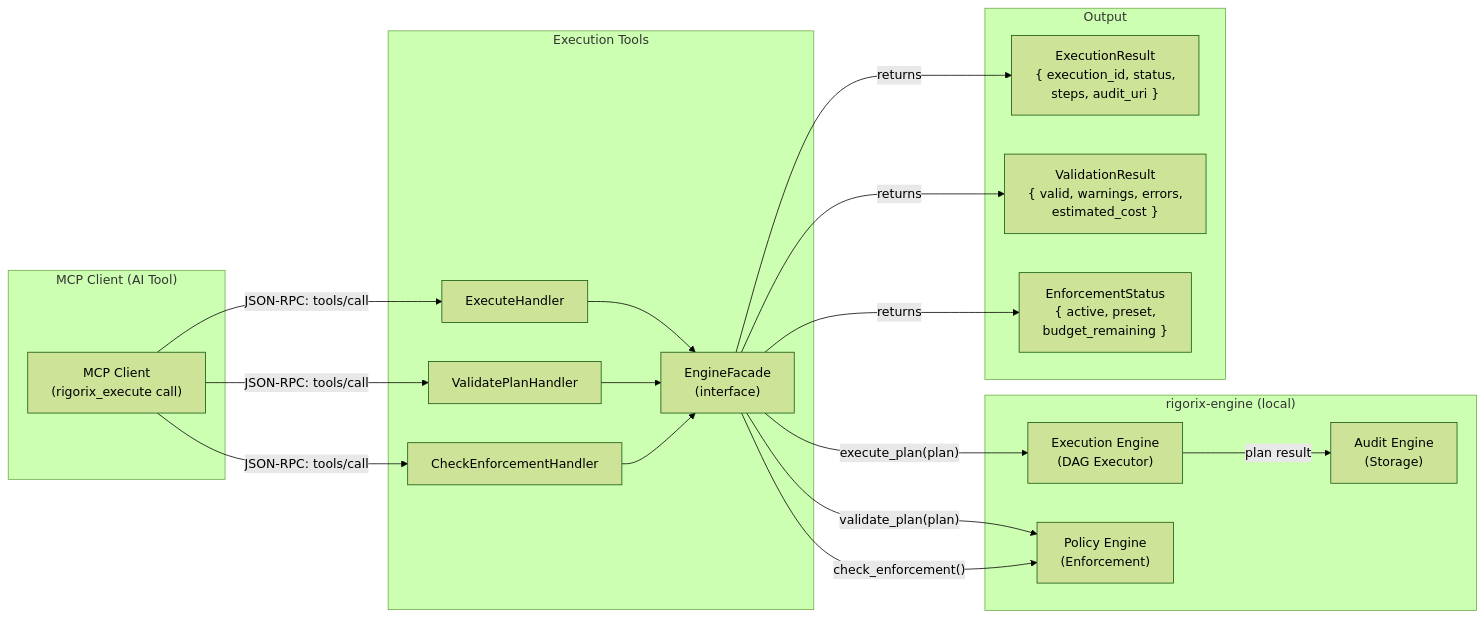
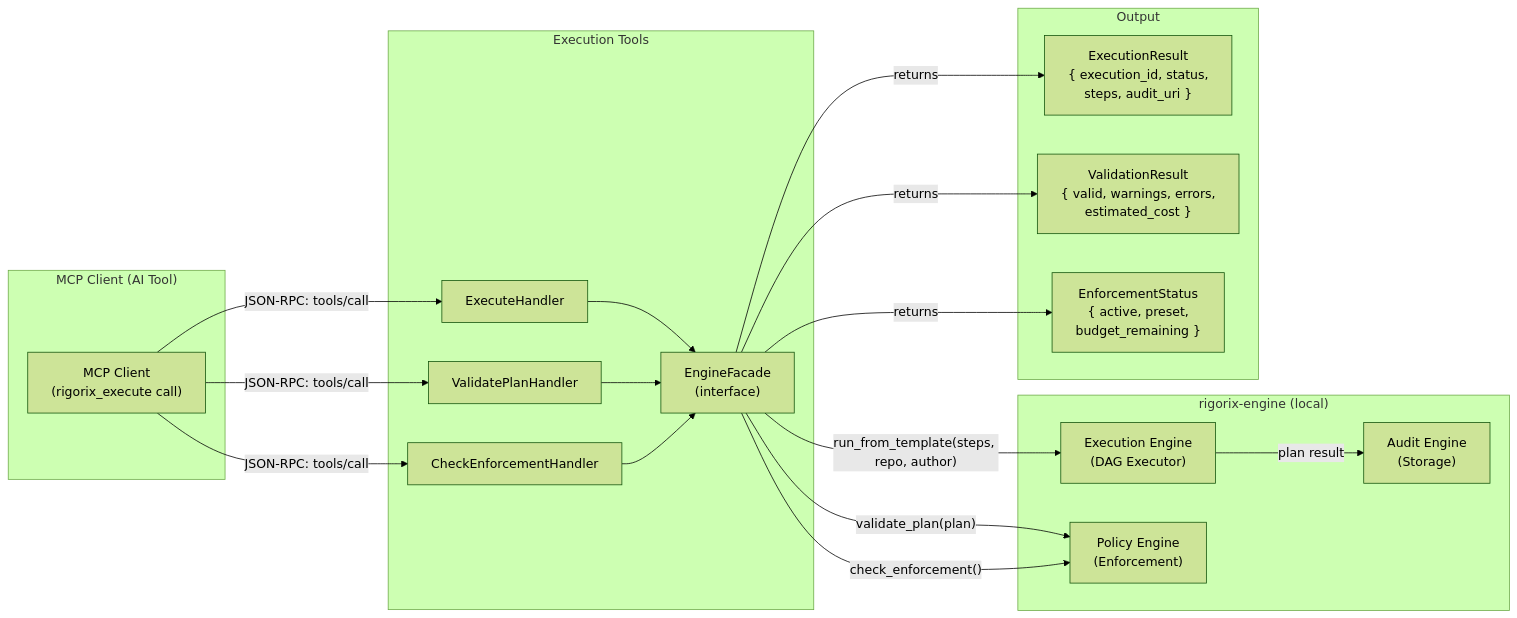
The first of 4 diagrams in mcp/.pi/architecture/modules/execution-tools.md (arman-jalili/rigorix-oss), drawn with Mermaid (forest theme) before and after one commit. The commit also changed other lines of this file and 27 other files, not shown here.

````diff
--- a/mcp/.pi/architecture/modules/execution-tools.md
+++ b/mcp/.pi/architecture/modules/execution-tools.md
@@ -41,42 +41,42 @@
 ```mermaid
 flowchart LR
     subgraph "MCP Client (AI Tool)"
         CLI["MCP Client\n(rigorix_execute call)"]
     end
 
     subgraph "Execution Tools"
         HANDLER["ExecuteHandler"]
         VALIDATOR["ValidatePlanHandler"]
         ENFORCER["CheckEnforcementHandler"]
         FACADE["EngineFacade\n(interface)"]
     end
 
     subgraph "rigorix-engine (local)"
         EXEC_ENG["Execution Engine\n(DAG Executor)"]
         POL_ENG["Policy Engine\n(Enforcement)"]
         AUDIT_ENG["Audit Engine\n(Storage)"]
     end
 
     subgraph "Output"
         RESULT["ExecutionResult\n{ execution_id, status,\n steps, audit_uri }"]
         VAL_RESULT["ValidationResult\n{ valid, warnings, errors,\n estimated_cost }"]
         ENF_STATUS["EnforcementStatus\n{ active, preset,\n budget_remaining }"]
     end
 
     CLI -->|"JSON-RPC: tools/call"| HANDLER
     CLI -->|"JSON-RPC: tools/call"| VALIDATOR
     CLI -->|"JSON-RPC: tools/call"| ENFORCER
 
     HANDLER --> FACADE
     VALIDATOR --> FACADE
     ENFORCER --> FACADE
 
-    FACADE -->|"execute_plan(plan)"| EXEC_ENG
+    FACADE -->|"run_from_template(steps, repo, author)"| EXEC_ENG
     FACADE -->|"validate_plan(plan)"| POL_ENG
     FACADE -->|"check_enforcement()"| POL_ENG
     EXEC_ENG -->|"plan result"| AUDIT_ENG
 
     FACADE -->|"returns"| RESULT
     FACADE -->|"returns"| VAL_RESULT
     FACADE -->|"returns"| ENF_STATUS
 ```
````
